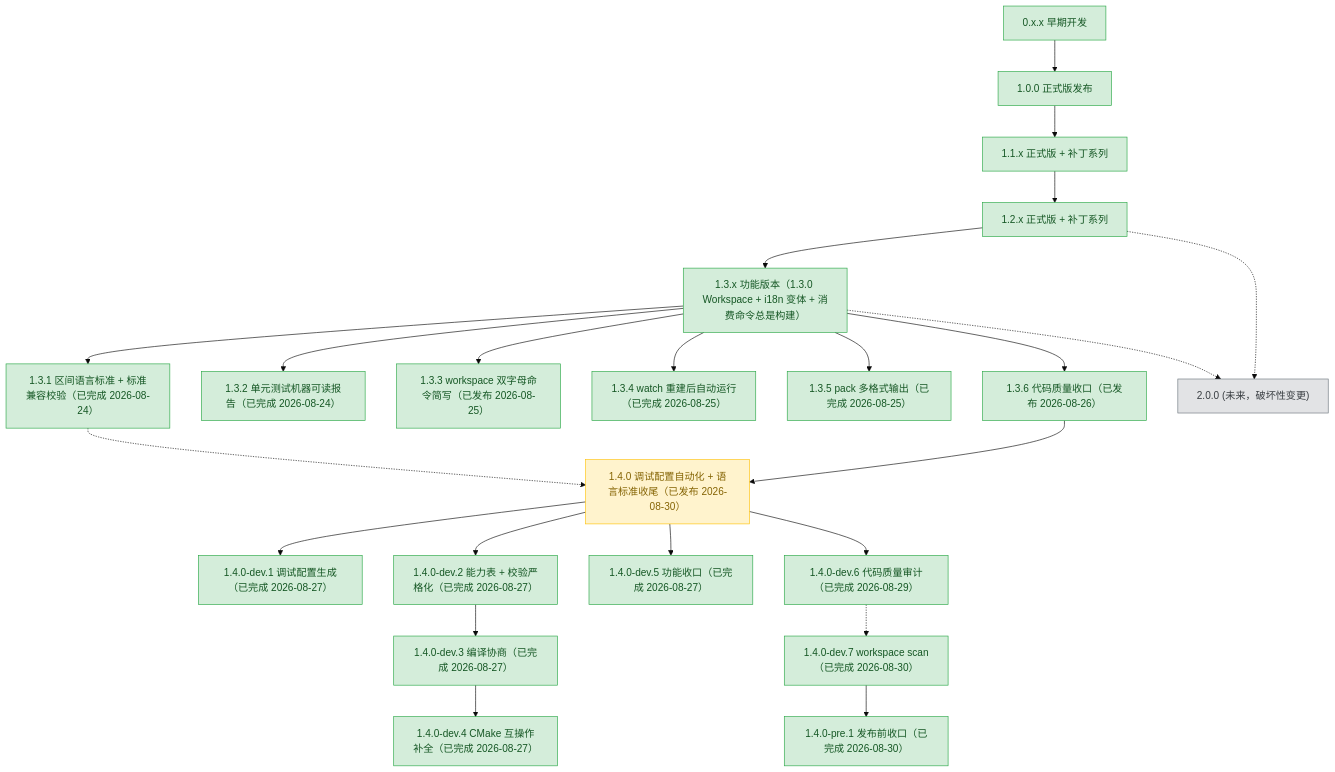
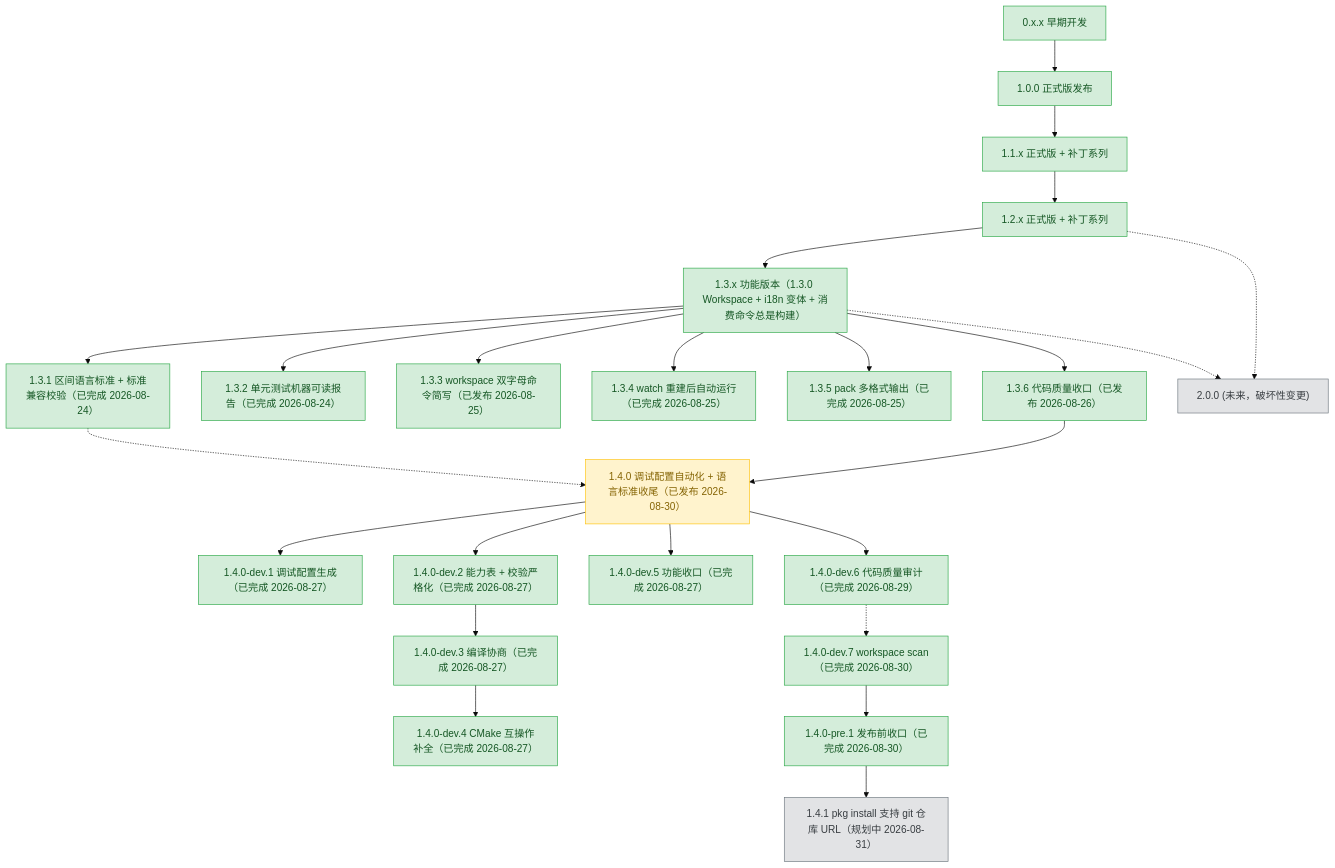
One commit to 3667808244/EazyMake changed the diagram in plans/README.md. Above: the diagram before and after it, drawn with Mermaid (base theme). The commit also changed other lines of this file and 3 other files, not shown here.

Commit message:
docs(1.4.1): 新增 1.4.1 执行计划 — pkg install 支持 git 仓库 URL

````diff
--- a/plans/README.md
+++ b/plans/README.md
@@ -66,72 +66,75 @@
 ```mermaid
 graph TD
     v0xx["0.x.x 早期开发"]
     v100["1.0.0 正式版发布"]
     v11x["1.1.x 正式版 + 补丁系列"]
     v12x["1.2.x 正式版 + 补丁系列"]
     v13x["1.3.x 功能版本（1.3.0 Workspace + i18n 变体 + 消费命令总是构建）"]
     v131["1.3.1 区间语言标准 + 标准兼容校验（已完成 2026-08-24）"]
     v132["1.3.2 单元测试机器可读报告（已完成 2026-08-24）"]
     v133["1.3.3 workspace 双字母命令简写（已发布 2026-08-25）"]
     v134["1.3.4 watch 重建后自动运行（已完成 2026-08-25）"]
     v135["1.3.5 pack 多格式输出（已完成 2026-08-25）"]
     v136["1.3.6 代码质量收口（已发布 2026-08-26）"]
     v140["1.4.0 调试配置自动化 + 语言标准收尾（已发布 2026-08-30）"]
     v141["1.4.0-dev.1 调试配置生成（已完成 2026-08-27）"]
     v142["1.4.0-dev.2 能力表 + 校验严格化（已完成 2026-08-27）"]
     v143["1.4.0-dev.3 编译协商（已完成 2026-08-27）"]
     v144["1.4.0-dev.4 CMake 互操作补全（已完成 2026-08-27）"]
     v145["1.4.0-dev.5 功能收口（已完成 2026-08-27）"]
     v146["1.4.0-dev.6 代码质量审计（已完成 2026-08-29）"]
     v147["1.4.0-dev.7 workspace scan（已完成 2026-08-30）"]
     v148["1.4.0-pre.1 发布前收口（已完成 2026-08-30）"]
+    v141p["1.4.1 pkg install 支持 git 仓库 URL（规划中 2026-08-31）"]
     v200["2.0.0 (未来，破坏性变更)"]
 
     v0xx --> v100
     v100 --> v11x
     v11x --> v12x
     v12x --> v13x
     v13x --> v131
     v13x --> v132
     v13x --> v133
     v13x --> v134
     v13x --> v135
     v13x --> v136
     v136 --> v140
     v140 --> v141
     v140 --> v142
     v142 --> v143
     v143 --> v144
     v140 --> v145
     v140 --> v146
     v146 -.-> v147
     v147 --> v148
+    v148 --> v141p
     v131 -.-> v140
     v12x -.-> v200
     v13x -.-> v200
 
     classDef done fill:#d4edda,stroke:#28a745,color:#155724;
     classDef active fill:#fff3cd,stroke:#ffc107,color:#856404;
     classDef todo fill:#e2e3e5,stroke:#6c757d,color:#383d41;
 
     class v0xx,v100 done;
     class v11x done;
     class v12x done;
     class v13x done;
     class v131 done;
     class v132 done;
     class v133 done;
     class v134 done;
     class v135 done;
     class v136 done;
     class v140 active;
     class v141 done;
     class v142 done;
     class v143 done;
     class v144 done;
     class v145 done;
     class v146 done;
     class v147 done;
     class v148 done;
+    class v141p todo;
     class v200 todo;
 ```
````
